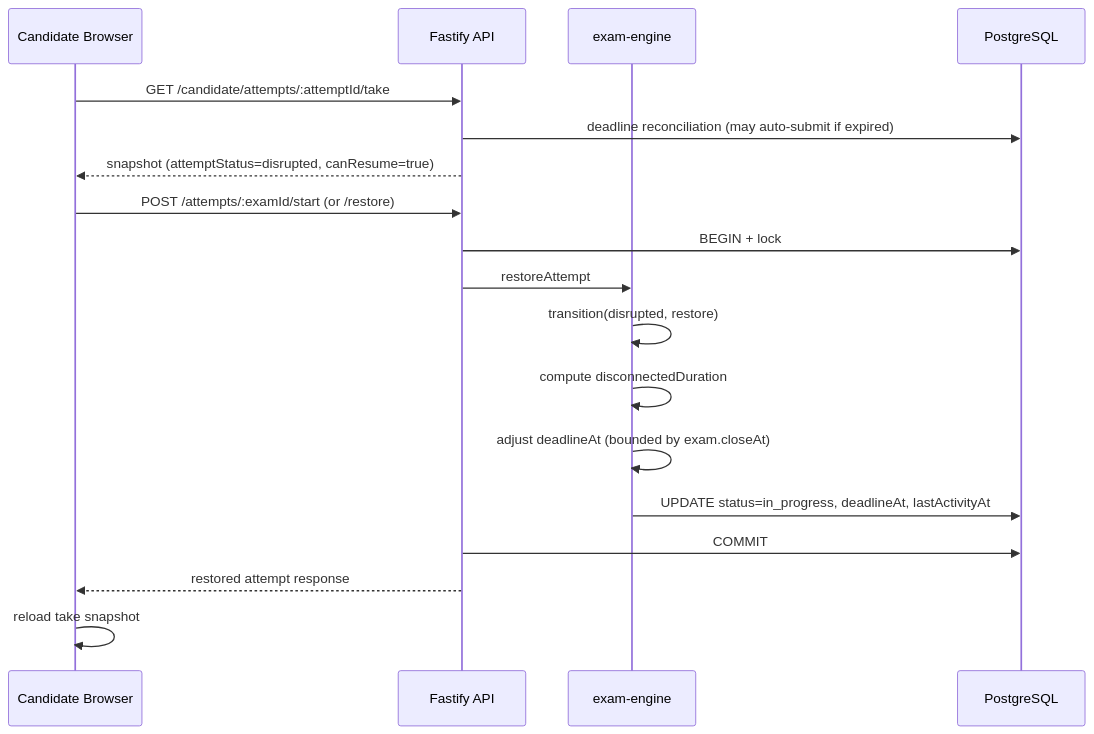
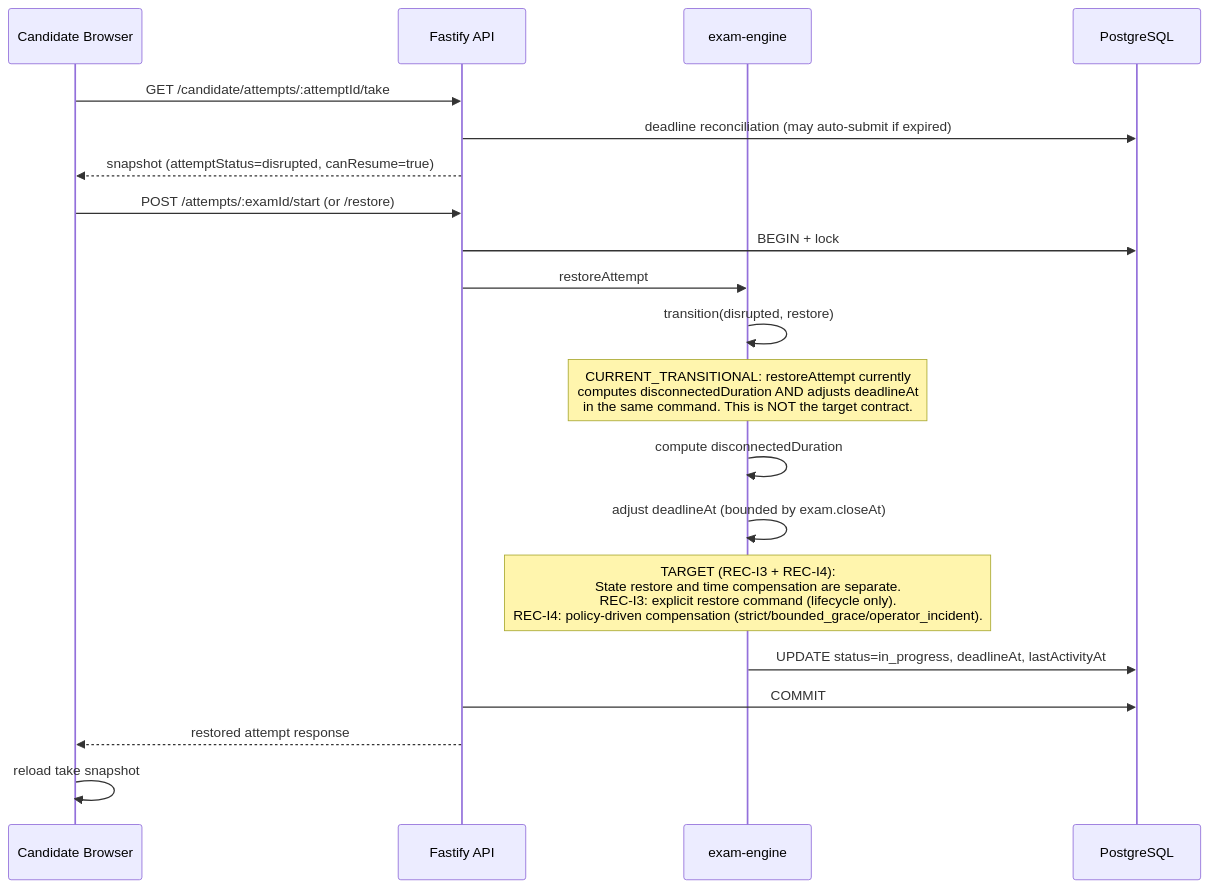
The fifth of 7 diagrams in docs/architecture/exam-system/candidate-recovery.md (jnhu76/exam), drawn with Mermaid before and after one commit. The commit also changed other lines of this file and 5 other files, not shown here.

````diff
--- a/docs/architecture/exam-system/candidate-recovery.md
+++ b/docs/architecture/exam-system/candidate-recovery.md
@@ -109,21 +109,23 @@
 ```mermaid
 sequenceDiagram
     participant C as Candidate Browser
     participant API as Fastify API
     participant Engine as exam-engine
     participant DB as PostgreSQL
 
     C->>API: GET /candidate/attempts/:attemptId/take
     API->>DB: deadline reconciliation (may auto-submit if expired)
     API-->>C: snapshot (attemptStatus=disrupted, canResume=true)
     C->>API: POST /attempts/:examId/start (or /restore)
     API->>DB: BEGIN + lock
     API->>Engine: restoreAttempt
     Engine->>Engine: transition(disrupted, restore)
+    Note over Engine: CURRENT_TRANSITIONAL: restoreAttempt currently<br/>computes disconnectedDuration AND adjusts deadlineAt<br/>in the same command. This is NOT the target contract.
     Engine->>Engine: compute disconnectedDuration
     Engine->>Engine: adjust deadlineAt (bounded by exam.closeAt)
+    Note over Engine: TARGET (REC-I3 + REC-I4):<br/>State restore and time compensation are separate.<br/>REC-I3: explicit restore command (lifecycle only).<br/>REC-I4: policy-driven compensation (strict/bounded_grace/operator_incident).
     Engine->>DB: UPDATE status=in_progress, deadlineAt, lastActivityAt
     API->>DB: COMMIT
     API-->>C: restored attempt response
     C->>C: reload take snapshot
 ```
````
